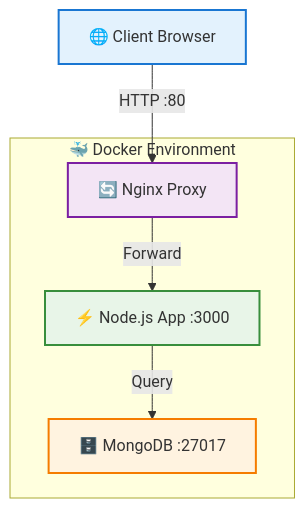
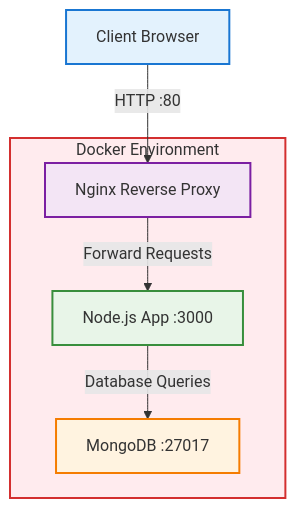
Before and after one commit to Shahriarin2garden/url-shortener-lab02-feature-nginx-layer: the first of 13 diagrams in url-shortener-lab02-feature-nginx-layer/README.md, drawn with Mermaid. The commit also changed other lines of this file, not shown here.

````diff
--- a/url-shortener-lab02-feature-nginx-layer/README.md
+++ b/url-shortener-lab02-feature-nginx-layer/README.md
@@ -9,17 +25,18 @@
 ```mermaid
 graph TD
-    Client[🌐 Client Browser] -->|HTTP :80| Nginx[🔄 Nginx Proxy]
-    Nginx -->|Forward| App[⚡ Node.js App :3000]
-    App -->|Query| MongoDB[🗄️ MongoDB :27017]
-    
-    subgraph Docker[🐳 Docker Environment]
+    Client[Client Browser] -->|HTTP :80| Nginx[Nginx Reverse Proxy]
+    Nginx -->|Forward Requests| App[Node.js App :3000]
+    App -->|Database Queries| MongoDB[MongoDB :27017]
+
+    subgraph Docker[Docker Environment]
         Nginx
         App
         MongoDB
     end
-    
+
     style Client fill:#e3f2fd,stroke:#1976d2,stroke-width:2px
     style Nginx fill:#f3e5f5,stroke:#7b1fa2,stroke-width:2px
     style App fill:#e8f5e8,stroke:#388e3c,stroke-width:2px
     style MongoDB fill:#fff3e0,stroke:#f57c00,stroke-width:2px
+    style Docker fill:#ffebee,stroke:#d32f2f,stroke-width:2px
 ```
````
